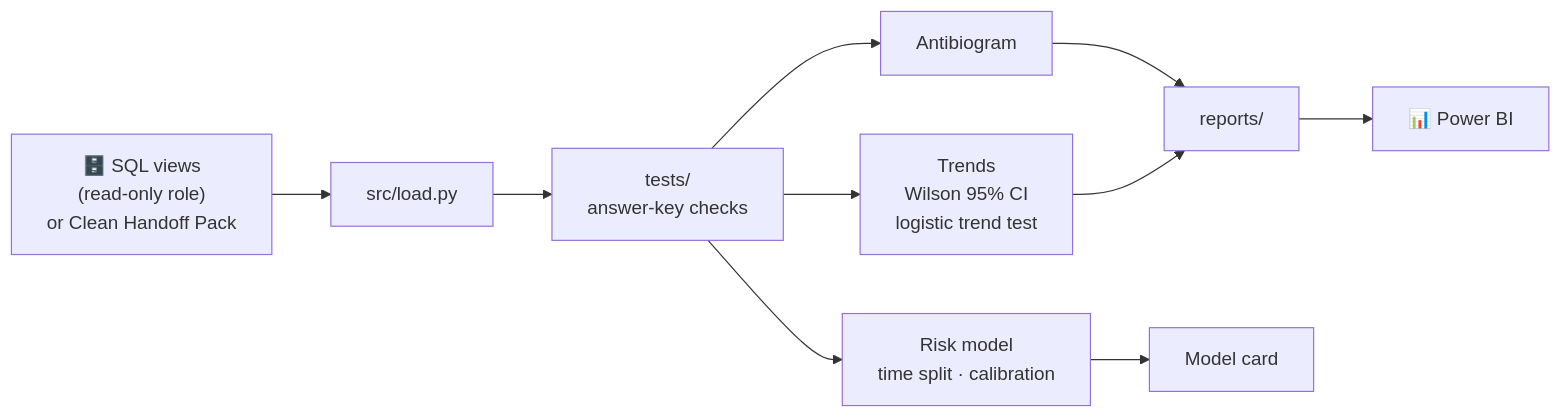
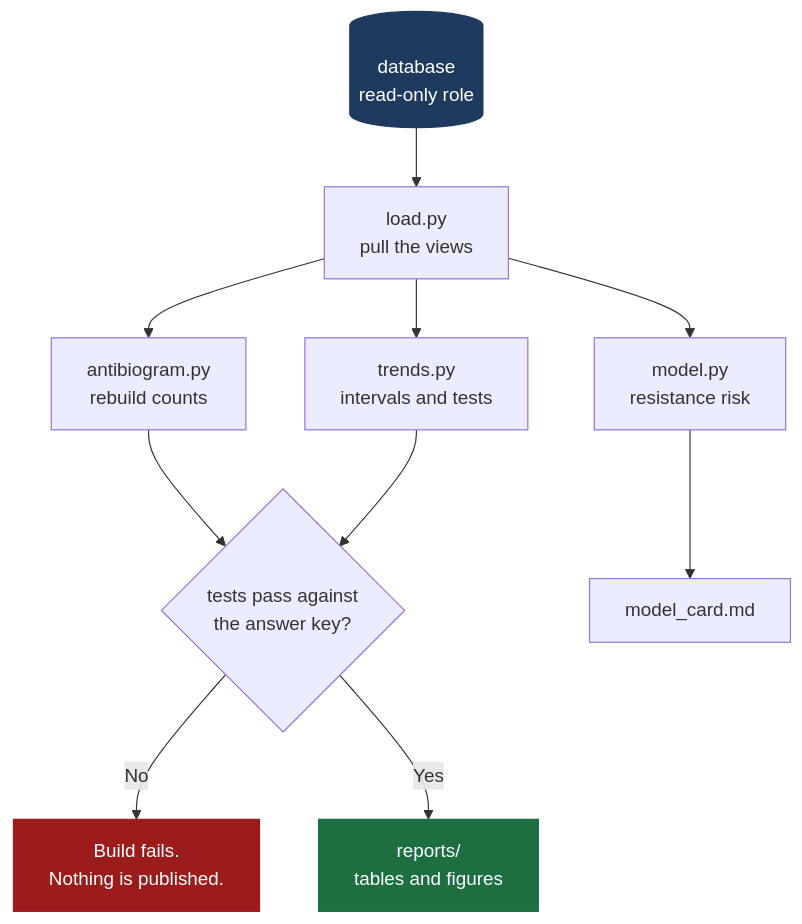
Before and after one commit to AMR-Playbook/kaduna-amr-python: the diagram in README.md, drawn with Mermaid. The commit also changed other lines of this file and 6 other files, not shown here.

````diff
--- a/README.md
+++ b/README.md
@@ -26,12 +13,16 @@
 ```mermaid
-flowchart LR
-    SRC["🗄️ SQL views<br/>(read-only role)<br/>or Clean Handoff Pack"] --> LOAD["src/load.py"]
-    LOAD --> CHK["tests/<br/>answer-key checks"]
-    CHK --> AB["Antibiogram"]
-    CHK --> TR["Trends<br/>Wilson 95% CI<br/>logistic trend test"]
-    CHK --> ML["Risk model<br/>time split · calibration"]
-    AB --> OUT["reports/"]
-    TR --> OUT
-    ML --> CARD["Model card"]
-    OUT --> BI["📊 Power BI"]
+flowchart TD
+    DB[("database<br/>read-only role")] --> L["load.py<br/>pull the views"]
+    L --> A["antibiogram.py<br/>rebuild counts"]
+    L --> S["trends.py<br/>intervals and tests"]
+    L --> M["model.py<br/>resistance risk"]
+    A --> T{"tests pass against<br/>the answer key?"}
+    S --> T
+    T -->|No| FAIL["Build fails.<br/>Nothing is published."]
+    T -->|Yes| R["reports/<br/>tables and figures"]
+    M --> MC["model_card.md"]
+
+    style DB fill:#1f3a5f,stroke:#1f3a5f,color:#ffffff
+    style FAIL fill:#9c1c1c,stroke:#9c1c1c,color:#ffffff
+    style R fill:#1d6f42,stroke:#1d6f42,color:#ffffff
 ```
````
